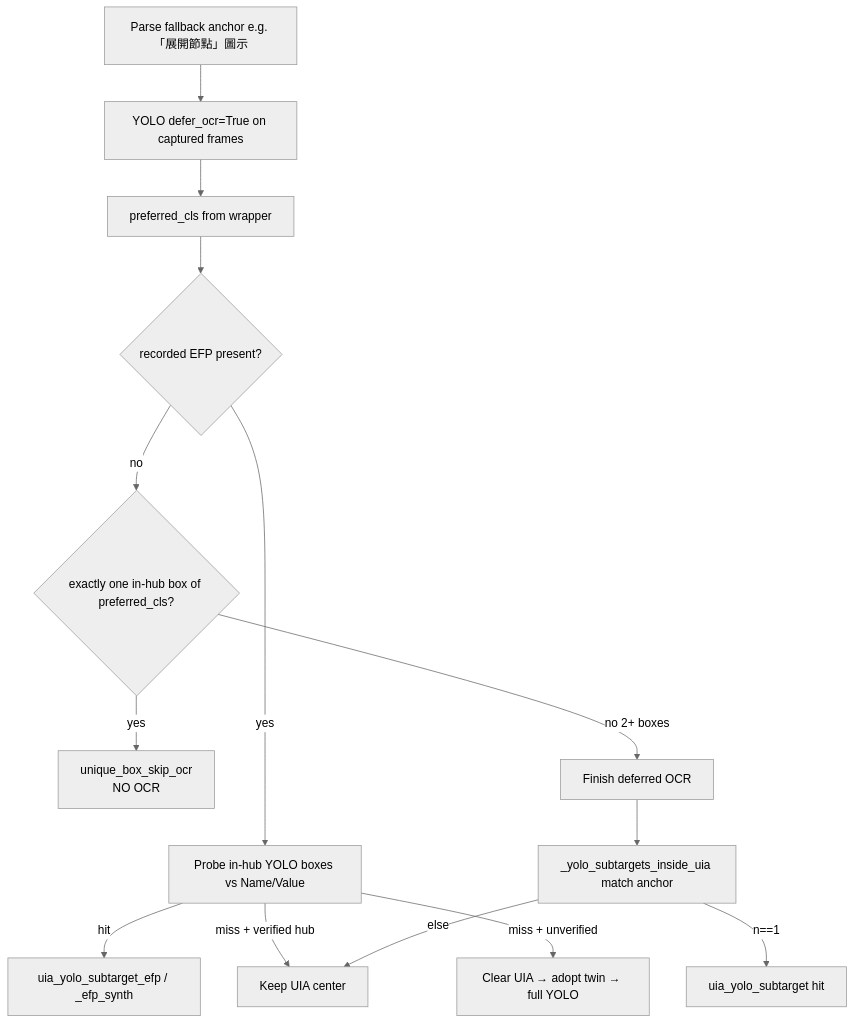
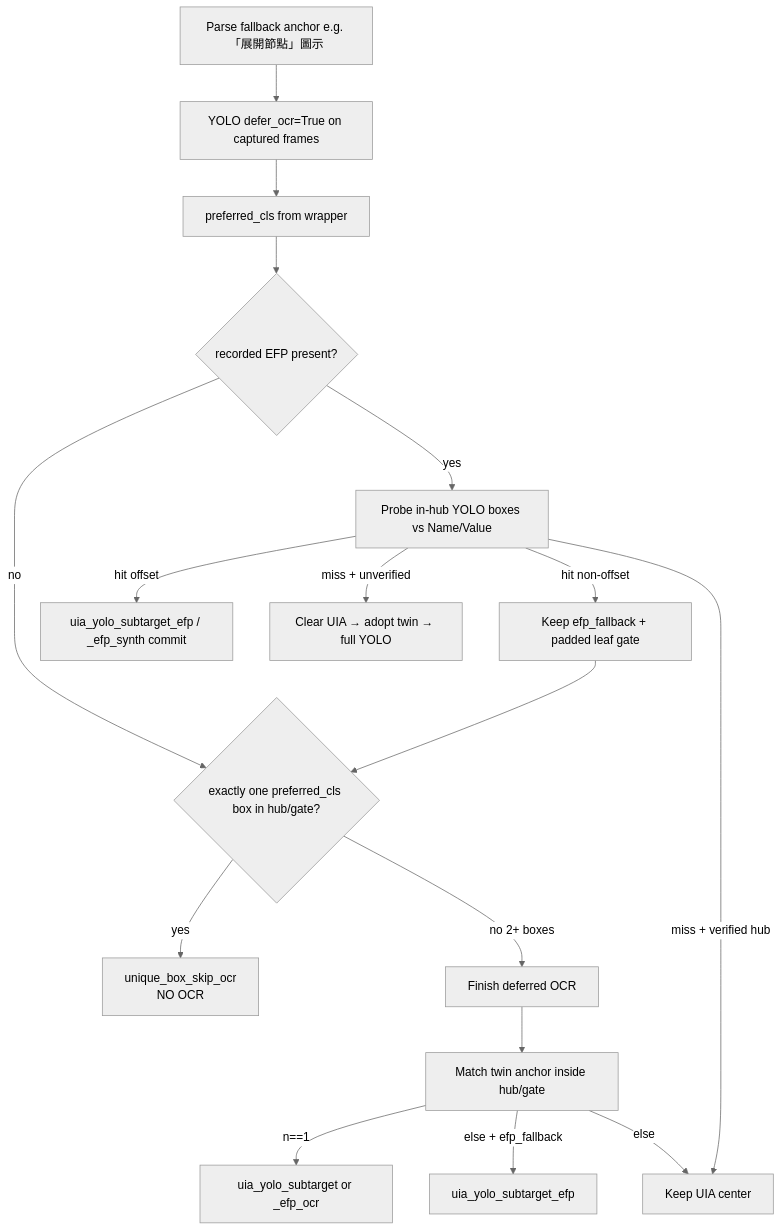
The fifth of 7 diagrams in docs/replay-flow.md (josephorng/QualityAssuranceAgent), drawn with Mermaid (neutral theme) before and after one commit. The commit also changed other lines of this file and 2 other files, not shown here.

Commit message:
Use EFP as a row gate so OCR can pick twin subtargets like 展開節點.
Non-offset uia_yolo_subtarget no longer commits the first Name/Value pool box; it keeps a padded leaf gate, runs unique-box/OCR inside it, and only falls back to the EFP pool det when OCR is not unique.

````diff
--- a/docs/replay-flow.md
+++ b/docs/replay-flow.md
@@ -180,16 +180,19 @@
 ```mermaid
 flowchart TD
   A[Parse fallback anchor e.g. 「展開節點」圖示] --> B[YOLO defer_ocr=True on captured frames]
   B --> C[preferred_cls from wrapper]
   C --> D{recorded EFP present?}
   D -->|yes| E[Probe in-hub YOLO boxes vs Name/Value]
-  E -->|hit| F[uia_yolo_subtarget_efp / _efp_synth]
+  E -->|hit non-offset| F[Keep efp_fallback + padded leaf gate]
+  F --> I
+  E -->|hit offset| Os[uia_yolo_subtarget_efp / _efp_synth commit]
   E -->|miss + verified hub| G[Keep UIA center]
   E -->|miss + unverified| H[Clear UIA → adopt twin → full YOLO]
-  D -->|no| I{exactly one in-hub box of preferred_cls?}
+  D -->|no| I{exactly one preferred_cls box in hub/gate?}
   I -->|yes| J[unique_box_skip_ocr<br/>NO OCR]
   I -->|no 2+ boxes| K[Finish deferred OCR]
-  K --> L[_yolo_subtargets_inside_uia match anchor]
-  L -->|n==1| M[uia_yolo_subtarget hit]
+  K --> L[Match twin anchor inside hub/gate]
+  L -->|n==1| M[uia_yolo_subtarget or _efp_ocr]
+  L -->|else + efp_fallback| N[uia_yolo_subtarget_efp]
   L -->|else| G
 ```
````
